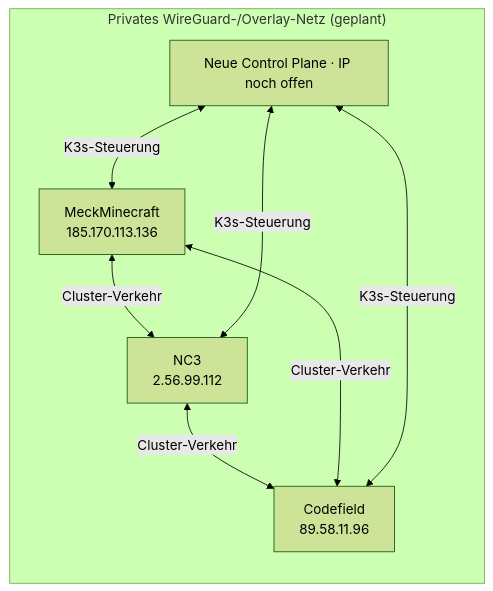
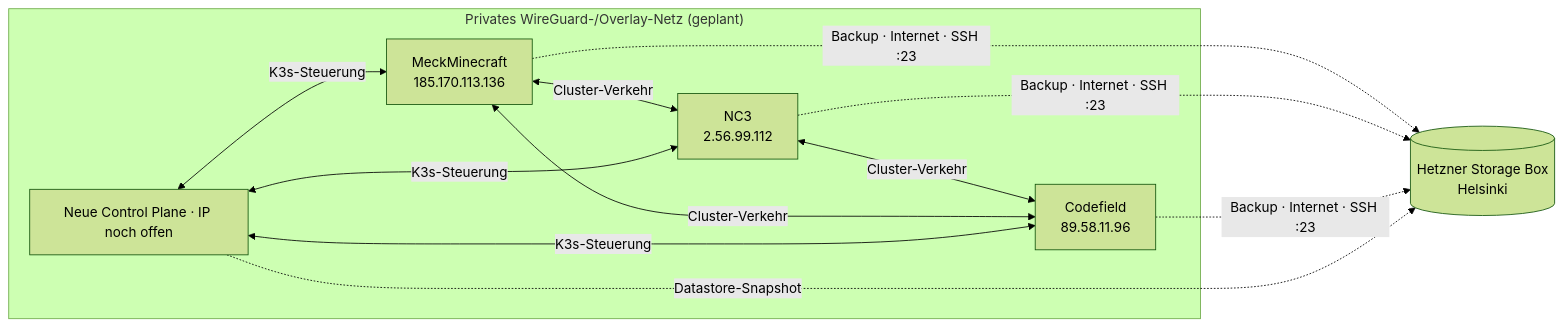
One commit to cndrbrbr/cubbermine changed the fourth of 4 diagrams in architecture.md. Above: the diagram before and after it, drawn with Mermaid (forest theme). The commit also changed other lines of this file, not shown here.

Commit message:
architecture: Hetzner Storage Box als Backup- und Image-Archiv eingeplant (Bestand, Zielbild, Topologie, Ressourcen, Sicherheit)

````diff
--- a/architecture.md
+++ b/architecture.md
@@ -122,12 +134,17 @@
 ```mermaid
 flowchart LR
   subgraph overlay["Privates WireGuard-/Overlay-Netz (geplant)"]
     cp4["Neue Control Plane · IP noch offen"]
     a["MeckMinecraft<br/>185.170.113.136"] <-->|"Cluster-Verkehr"| b["NC3<br/>2.56.99.112"]
     b <-->|"Cluster-Verkehr"| c["Codefield<br/>89.58.11.96"]
     a <-->|"Cluster-Verkehr"| c
     cp4 <-->|"K3s-Steuerung"| a
     cp4 <-->|"K3s-Steuerung"| b
     cp4 <-->|"K3s-Steuerung"| c
   end
+  box[("Hetzner Storage Box<br/>Helsinki")]
+  a -.->|"Backup · Internet · SSH :23"| box
+  b -.->|"Backup · Internet · SSH :23"| box
+  c -.->|"Backup · Internet · SSH :23"| box
+  cp4 -.->|"Datastore-Snapshot"| box
 ```
````
